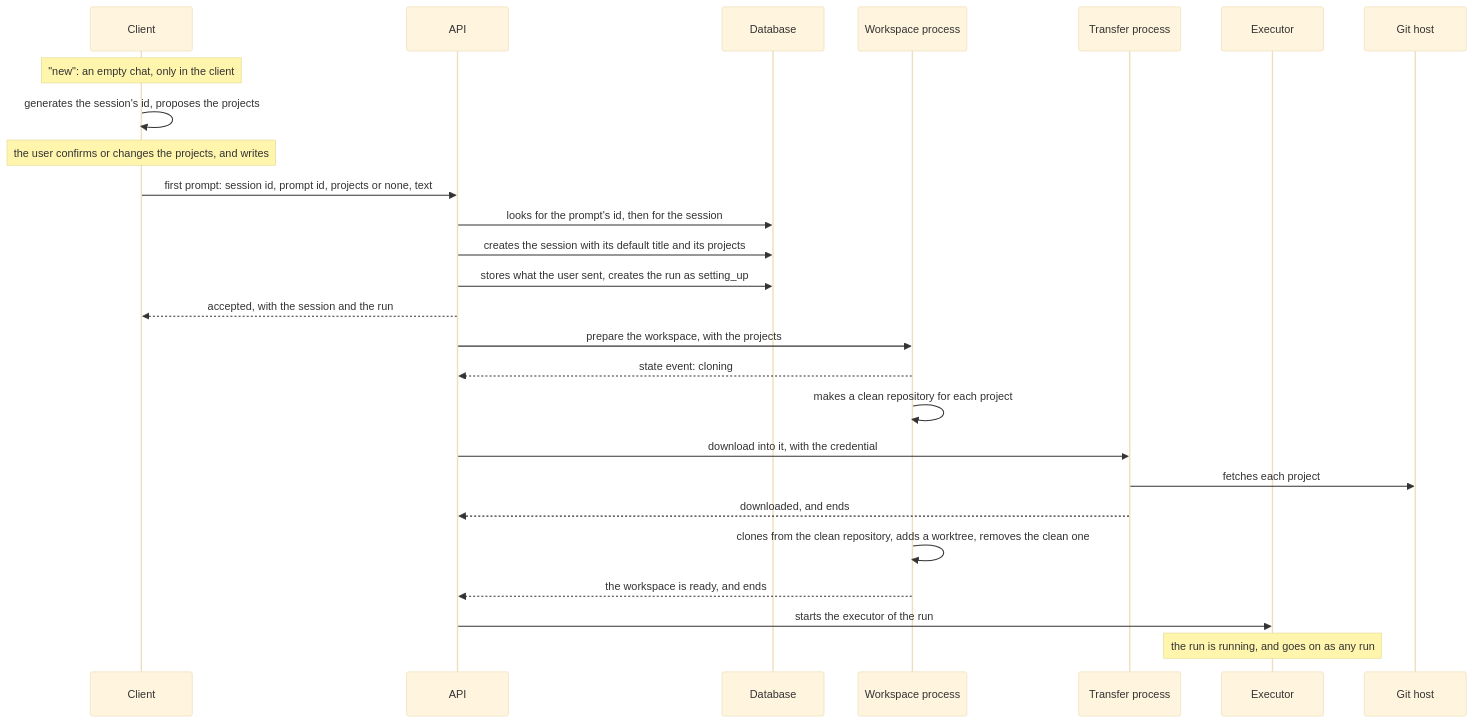
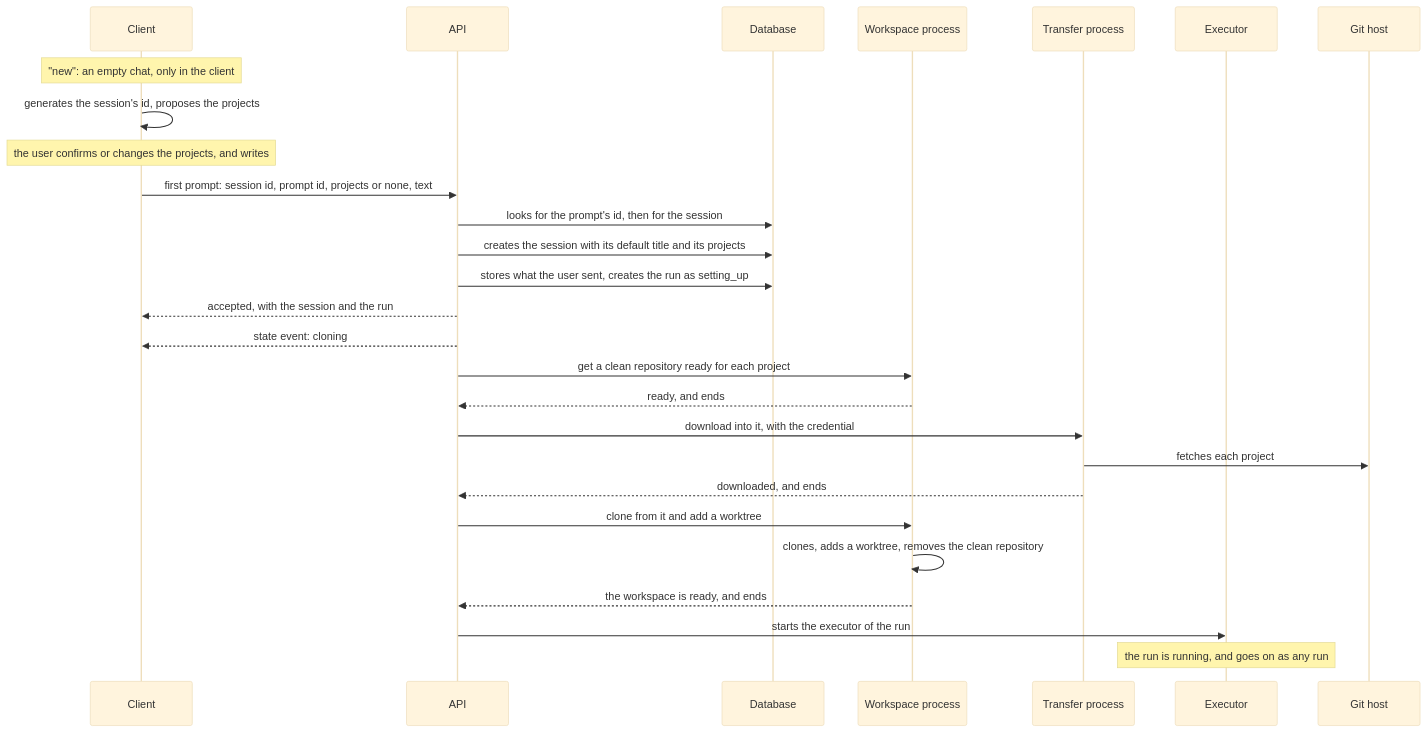
The diagram in flows/create-session.md (Mikode13/harness-docs), drawn with Mermaid (base theme) before and after one commit. The commit also changed other lines of this file and 6 other files, not shown here.

````diff
--- a/flows/create-session.md
+++ b/flows/create-session.md
@@ -12,31 +12,32 @@
 ```mermaid
 sequenceDiagram
     participant C as Client
     participant A as API
     participant D as Database
     participant W as Workspace process
     participant T as Transfer process
     participant E as Executor
     participant G as Git host
 
     Note over C: "new": an empty chat, only in the client
     C->>C: generates the session's id, proposes the projects
     Note over C: the user confirms or changes the projects, and writes
 
     C->>A: first prompt: session id, prompt id, projects or none, text
     A->>D: looks for the prompt's id, then for the session
     A->>D: creates the session with its default title and its projects
     A->>D: stores what the user sent, creates the run as setting_up
     A-->>C: accepted, with the session and the run
 
-    A->>W: prepare the workspace, with the projects
-    W-->>A: state event: cloning
-    W->>W: makes a clean repository for each project
+    A-->>C: state event: cloning
+    A->>W: get a clean repository ready for each project
+    W-->>A: ready, and ends
     A->>T: download into it, with the credential
     T->>G: fetches each project
     T-->>A: downloaded, and ends
-    W->>W: clones from the clean repository, adds a worktree, removes the clean one
+    A->>W: clone from it and add a worktree
+    W->>W: clones, adds a worktree, removes the clean repository
     W-->>A: the workspace is ready, and ends
     A->>E: starts the executor of the run
     Note over E: the run is running, and goes on as any run
 ```
````
